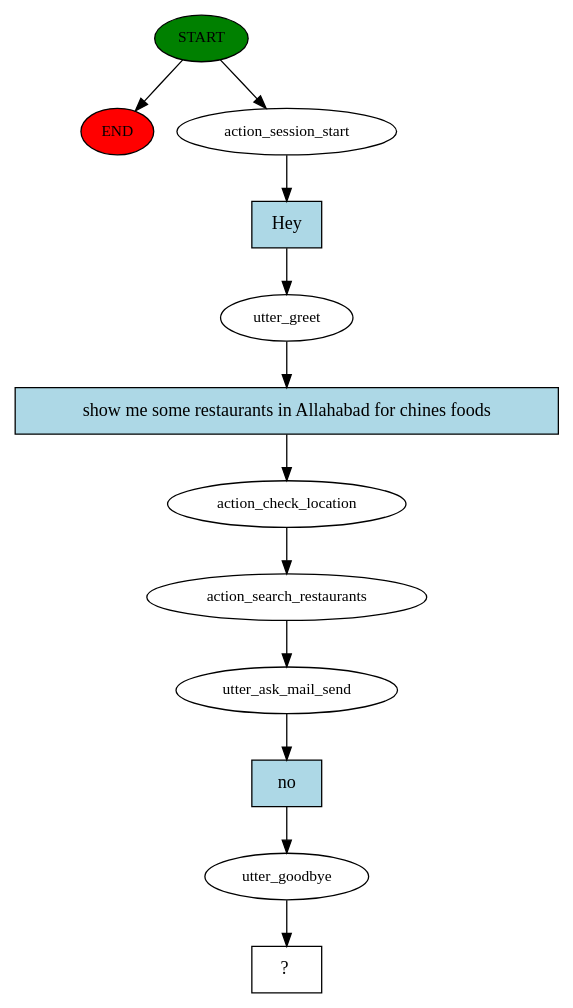
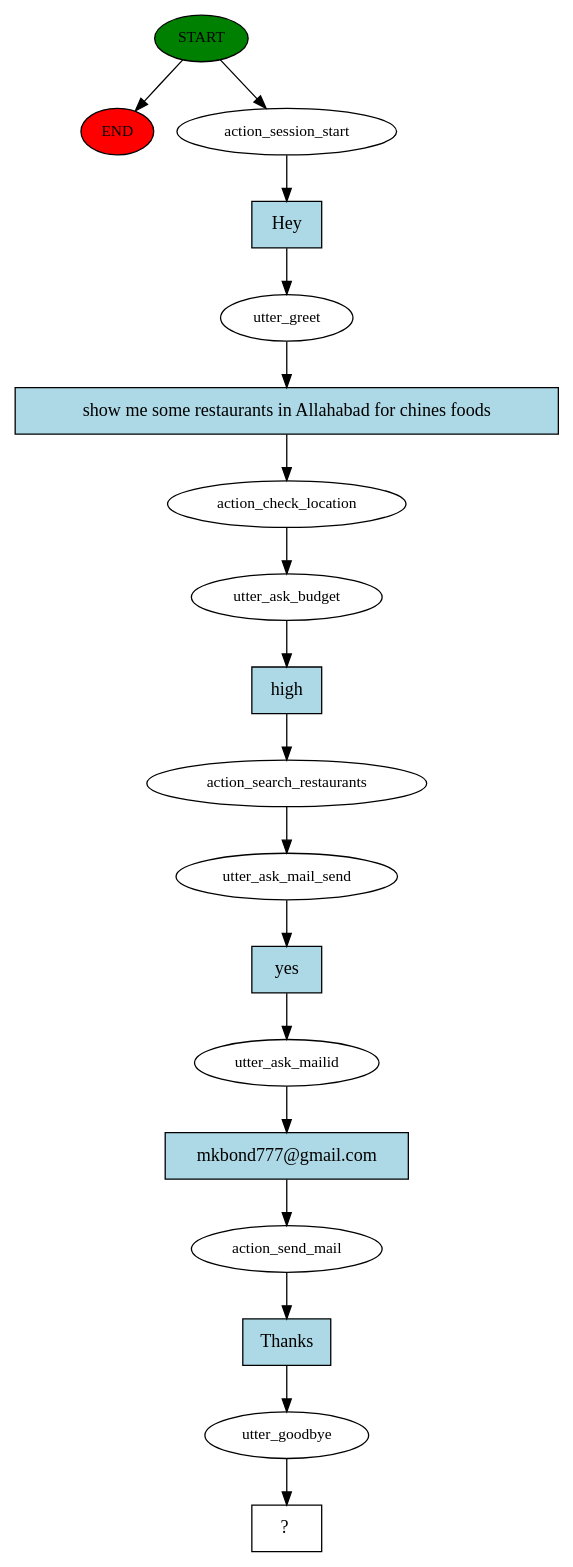
The diagram in story_graph.dot (mkbond777/rasa_restaurant_search), drawn with Graphviz before and after one commit. The commit also changed 3 other files, not shown here.

```diff
--- a/story_graph.dot
+++ b/story_graph.dot
@@ -1,25 +1,37 @@
 digraph  {
 0 [class="start active", fillcolor=green, fontsize=12, label=START, style=filled];
 "-1" [class=end, fillcolor=red, fontsize=12, label=END, style=filled];
 1 [class=active, fontsize=12, label=action_session_start];
 2 [class=active, fontsize=12, label=utter_greet];
 3 [class=active, fontsize=12, label=action_check_location];
-4 [class=active, fontsize=12, label=action_search_restaurants];
-5 [class=active, fontsize=12, label=utter_ask_mail_send];
-6 [class=active, fontsize=12, label=utter_goodbye];
-7 [class="intent dashed active", label="  ?  ", shape=rect];
-8 [class="intent active", fillcolor=lightblue, label=Hey, shape=rect, style=filled];
-9 [class="intent active", fillcolor=lightblue, label="show me some restaurants in Allahabad for chines foods", shape=rect, style=filled];
-10 [class="intent active", fillcolor=lightblue, label=no, shape=rect, style=filled];
+4 [class=active, fontsize=12, label=utter_ask_budget];
+5 [class=active, fontsize=12, label=action_search_restaurants];
+6 [class=active, fontsize=12, label=utter_ask_mail_send];
+7 [class=active, fontsize=12, label=utter_ask_mailid];
+8 [class=active, fontsize=12, label=action_send_mail];
+9 [class=active, fontsize=12, label=utter_goodbye];
+10 [class="intent dashed active", label="  ?  ", shape=rect];
+11 [class="intent active", fillcolor=lightblue, label=Hey, shape=rect, style=filled];
+12 [class="intent active", fillcolor=lightblue, label="show me some restaurants in Allahabad for chines foods", shape=rect, style=filled];
+13 [class="intent active", fillcolor=lightblue, label=high, shape=rect, style=filled];
+14 [class="intent active", fillcolor=lightblue, label=yes, shape=rect, style=filled];
+15 [class="intent active", fillcolor=lightblue, label="mkbond777@gmail.com", shape=rect, style=filled];
+16 [class="intent active", fillcolor=lightblue, label=Thanks, shape=rect, style=filled];
 0 -> "-1"  [class="", key=NONE, label=""];
 0 -> 1  [class=active, key=NONE, label=""];
-1 -> 8  [class=active, key=0];
-2 -> 9  [class=active, key=0];
+1 -> 11  [class=active, key=0];
+2 -> 12  [class=active, key=0];
 3 -> 4  [class=active, key=NONE, label=""];
-4 -> 5  [class=active, key=NONE, label=""];
-5 -> 10  [class=active, key=0];
-6 -> 7  [class=active, key=NONE, label=""];
-8 -> 2  [class=active, key=0];
-9 -> 3  [class=active, key=0];
-10 -> 6  [class=active, key=0];
+4 -> 13  [class=active, key=0];
+5 -> 6  [class=active, key=NONE, label=""];
+6 -> 14  [class=active, key=0];
+7 -> 15  [class=active, key=0];
+8 -> 16  [class=active, key=0];
+9 -> 10  [class=active, key=NONE, label=""];
+11 -> 2  [class=active, key=0];
+12 -> 3  [class=active, key=0];
+13 -> 5  [class=active, key=0];
+14 -> 7  [class=active, key=0];
+15 -> 8  [class=active, key=0];
+16 -> 9  [class=active, key=0];
 }
```
